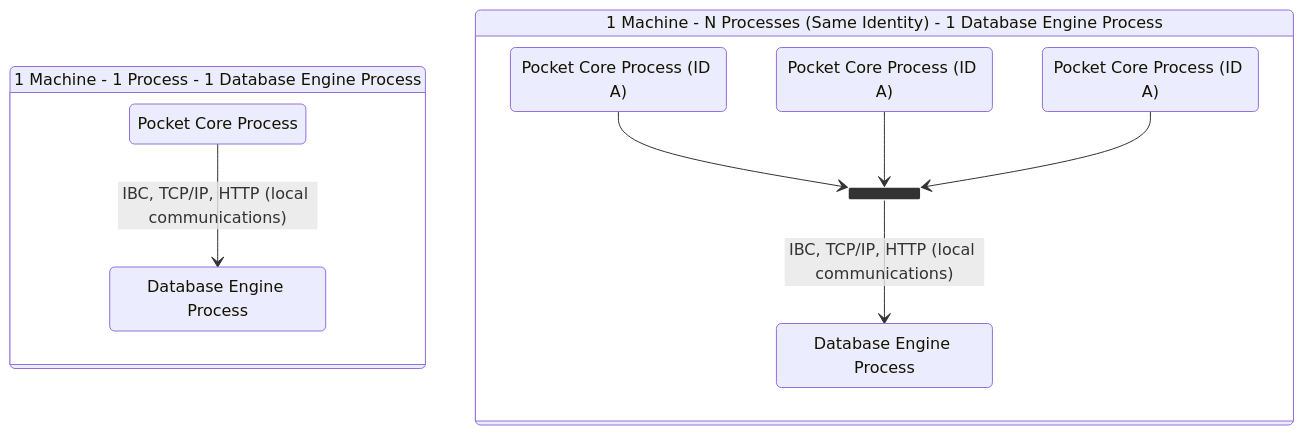
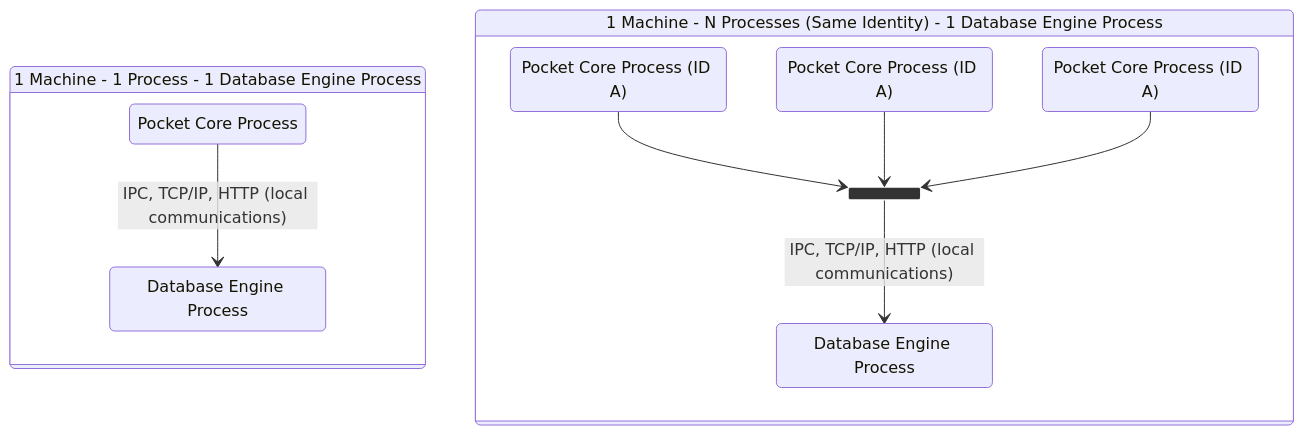
One commit to pokt-network/pocket-network-protocol changed the first of 5 diagrams in persistence/README.md. Above: the diagram before and after it, drawn with Mermaid. The commit also changed other lines of this file, not shown here.

Commit message:
Updated Client-Server Architecture

````diff
--- a/persistence/README.md
+++ b/persistence/README.md
@@ -92,24 +84,26 @@
 ```mermaid
 stateDiagram-v2
     Fig1: 1 Machine - 1 Process - 1 Database Engine Process
     Fig2: 1 Machine - N Processes (Same Identity) - 1 Database Engine Process
 
     state Fig1 {
         P: Pocket Core Process
         DB: Database Engine Process
-        P --> DB: IBC, TCP/IP, HTTP (local communications)
+        P --> DB: IPC, TCP/IP, HTTP (local communications)
+
     }
 
     state Fig2 {
         PA1: Pocket Core Process (ID A)
         PA2: Pocket Core Process (ID A)
         PA3: Pocket Core Process (ID A)
         B: Database Engine Process
 
         state join_state2 <<join>>
         PA1 --> join_state2
         PA2 --> join_state2
         PA3 --> join_state2
-        join_state2 --> B: IBC, TCP/IP, HTTP (local communications)
+        join_state2 --> B: IPC, TCP/IP, HTTP (local communications)
     }
+
 ```
````
